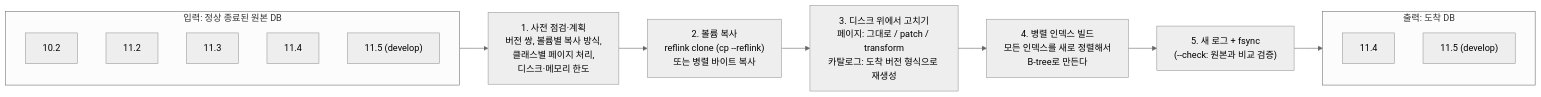
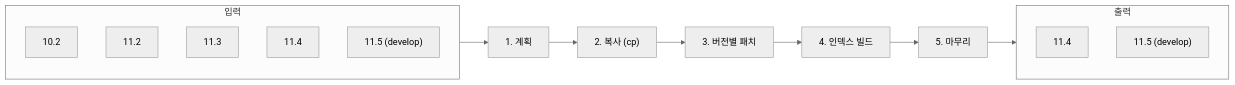
One commit to xmilex-git/cubrid-fastmig changed the diagram in README.md. Above: the diagram before and after it, drawn with Mermaid (neutral theme). The commit also changed other lines of this file and 1 other file, not shown here.

Commit message:
README: short step names in the diagram (plan, copy, per-version patch, index build, finish) and a plainer disk/memory heading
Claude-Session: https://claude.ai/code/session_01GF7ubhaHGZLNSW1WrHniQv

````diff
--- a/README.md
+++ b/README.md
@@ -46,25 +46,25 @@
 ```mermaid
 flowchart LR
-    subgraph IN["입력: 정상 종료된 원본 DB"]
+    subgraph IN["입력"]
         direction TB
         S102["10.2"]
         S112["11.2"]
         S113["11.3"]
         S114["11.4"]
         S115["11.5 (develop)"]
     end
 
-    P["1. 사전 점검·계획<br/>버전 쌍, 볼륨별 복사 방식,<br/>클래스별 페이지 처리,<br/>디스크·메모리 한도"]
-    C["2. 볼륨 복사<br/>reflink clone (cp --reflink)<br/>또는 병렬 바이트 복사"]
-    T["3. 디스크 위에서 고치기<br/>페이지: 그대로 / patch / transform<br/>카탈로그: 도착 버전 형식으로 재생성"]
-    X["4. 병렬 인덱스 빌드<br/>모든 인덱스를 새로 정렬해서<br/>B-tree로 만든다"]
-    F["5. 새 로그 + fsync<br/>(--check: 원본과 비교 검증)"]
+    P["1. 계획"]
+    C["2. 복사 (cp)"]
+    T["3. 버전별 패치"]
+    X["4. 인덱스 빌드"]
+    F["5. 마무리"]
 
-    subgraph OUT["출력: 도착 DB"]
+    subgraph OUT["출력"]
         direction TB
         T114["11.4"]
         T115["11.5 (develop)"]
     end
 
     IN --> P --> C --> T --> X --> F --> OUT
 ```
````
